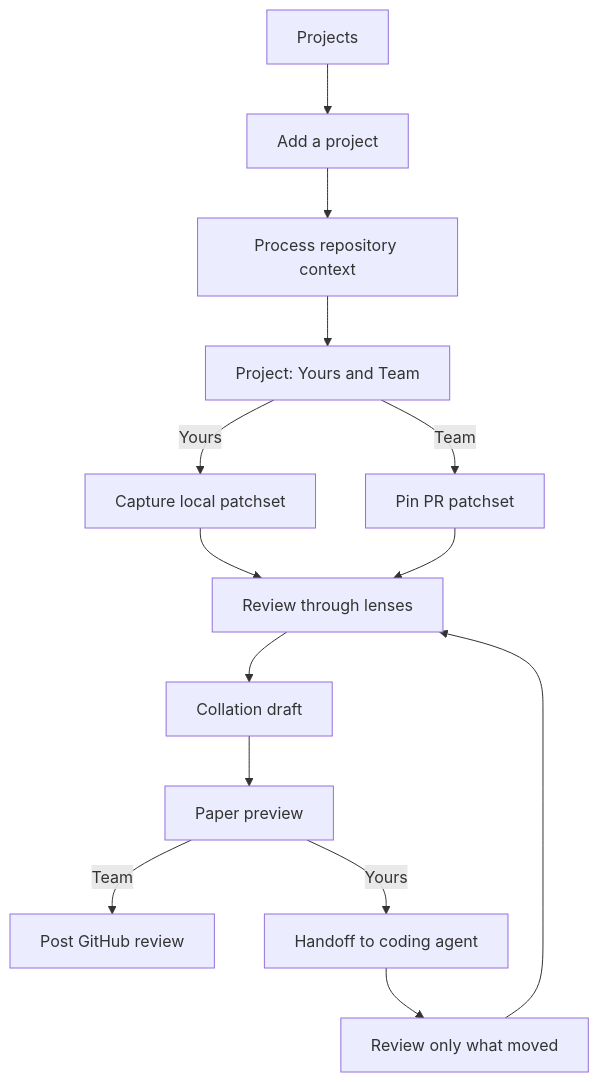
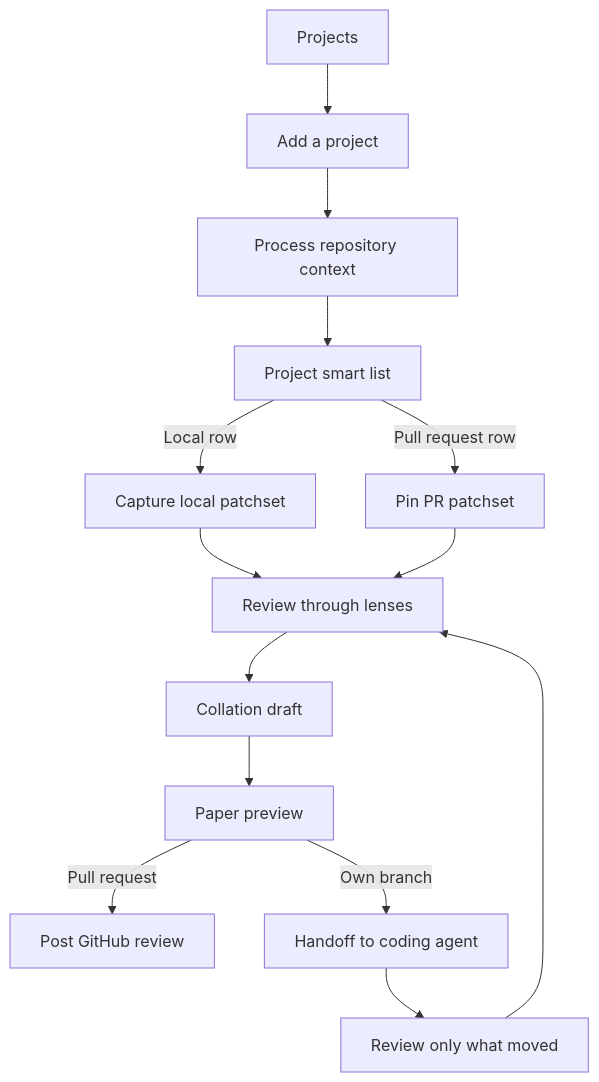
One commit to rbutera/Rennet changed the diagram in docs/src/content/docs/using/guide/user-journey.md. Above: the diagram before and after it, drawn with Mermaid. The commit also changed other lines of this file and 21 other files, not shown here.

Commit message:
docs: restore architecture truth and review semantics

````diff
--- a/docs/src/content/docs/using/guide/user-journey.md
+++ b/docs/src/content/docs/using/guide/user-journey.md
@@ -13,16 +14,16 @@
 ```mermaid
 flowchart TD
   projects[Projects] --> add[Add a project]
   add --> process[Process repository context]
-  process --> detail[Project: Yours and Team]
-  detail -->|Yours| local[Capture local patchset]
-  detail -->|Team| pr[Pin PR patchset]
+  process --> detail[Project smart list]
+  detail -->|Local row| local[Capture local patchset]
+  detail -->|Pull request row| pr[Pin PR patchset]
   local --> review[Review through lenses]
   pr --> review
   review --> draft[Collation draft]
   draft --> paper[Paper preview]
-  paper -->|Team| post[Post GitHub review]
-  paper -->|Yours| handoff[Handoff to coding agent]
+  paper -->|Pull request| post[Post GitHub review]
+  paper -->|Own branch| handoff[Handoff to coding agent]
   handoff --> delta[Review only what moved]
   delta --> review
 ```
````
